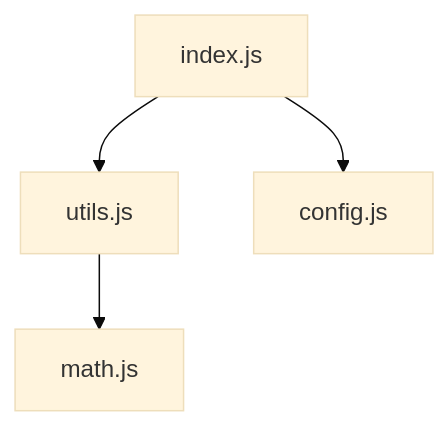
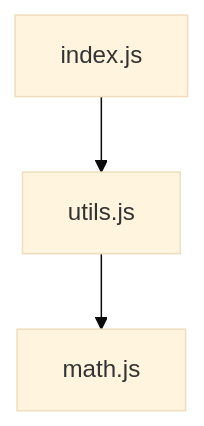
Before and after one commit to ekayaprod/jules-agent-roster: the second of 2 diagrams in prompts/Cartographer.md, drawn with Mermaid (base theme). The commit also changed other lines of this file, not shown here.

````diff
--- a/prompts/Cartographer.md
+++ b/prompts/Cartographer.md
@@ -26,7 +27,6 @@
 ```mermaid
-%% Unreadable flat structure mapping every utility file with zero architectural insight.
+%% HAZARD: Mapping every 1-line utility file without architectural insight creates unreadable noise.
 graph TD
   A[index.js] --> B[utils.js]
   B --> C[math.js]
-  A --> D[config.js]
 ```
````
